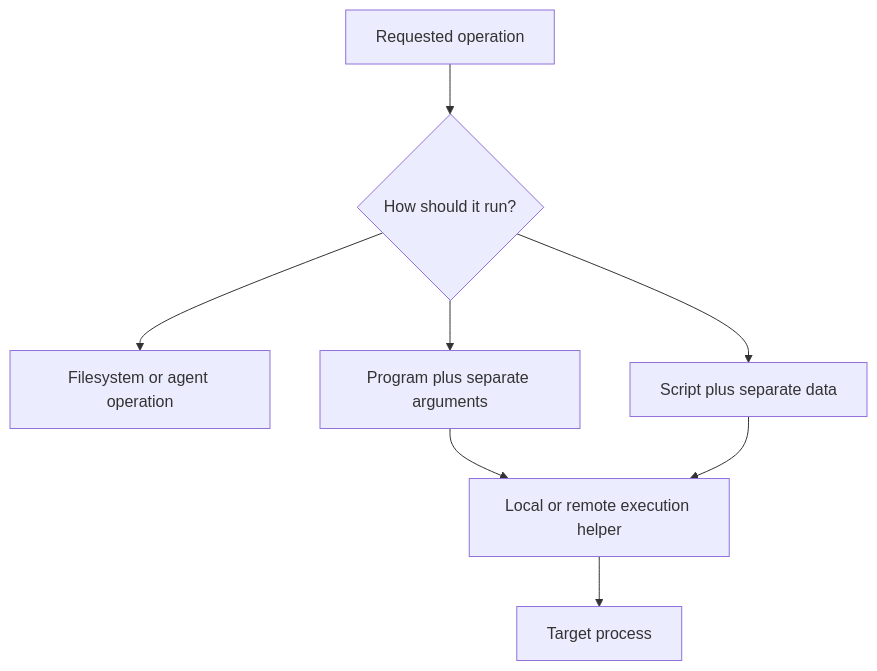
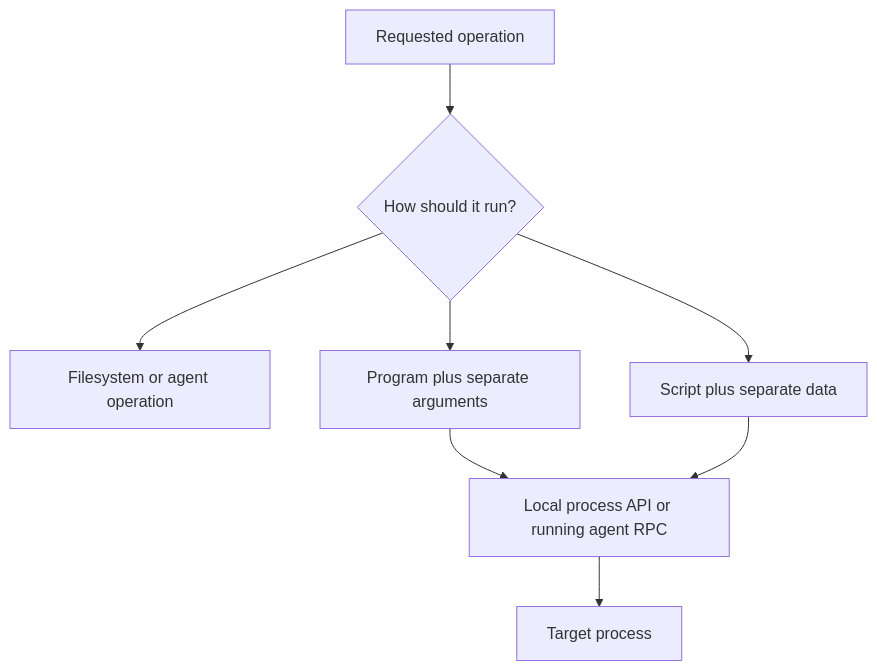
The first of 2 diagrams in docs/specs/sanitize-command-strings/2026-09-15-safe-command-execution-plan.md (arm/performix), drawn with Mermaid before and after one commit. The commit also changed other lines of this file and 457 other files, not shown here.

````diff
--- a/docs/specs/sanitize-command-strings/2026-09-15-safe-command-execution-plan.md
+++ b/docs/specs/sanitize-command-strings/2026-09-15-safe-command-execution-plan.md
@@ -68,10 +68,10 @@
 ```mermaid
 flowchart TD
   Intent[Requested operation] --> Choice{How should it run?}
   Choice --> Native[Filesystem or agent operation]
   Choice --> Process[Program plus separate arguments]
   Choice --> Script[Script plus separate data]
-  Process --> Adapter[Local or remote execution helper]
+  Process --> Adapter[Local process API or running agent RPC]
   Script --> Adapter
   Adapter --> Target[Target process]
 ```
````
